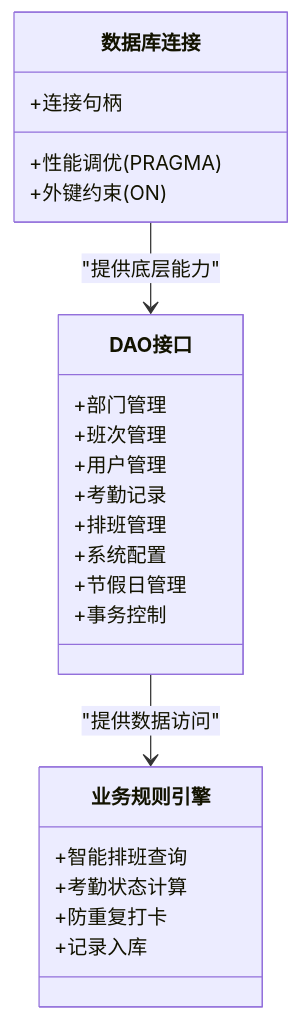
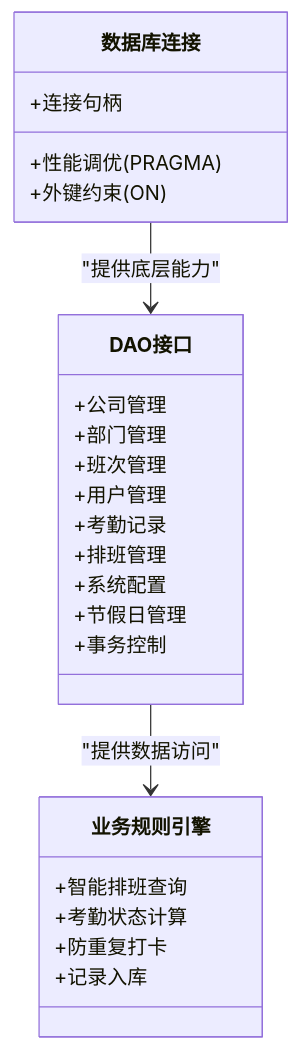
Before and after one commit to Drunk552/SmartAttendance: the second of 4 diagrams in .qoder/repowiki/zh/content/数据库设计.md, drawn with Mermaid. The commit also changed other lines of this file and 26 other files, not shown here.

````diff
--- a/.qoder/repowiki/zh/content/数据库设计.md
+++ b/.qoder/repowiki/zh/content/数据库设计.md
@@ -75,26 +87,27 @@
 ```mermaid
 classDiagram
 class 数据库连接 {
 +连接句柄
 +性能调优(PRAGMA)
 +外键约束(ON)
 }
 class DAO接口 {
++公司管理
 +部门管理
 +班次管理
 +用户管理
 +考勤记录
 +排班管理
 +系统配置
 +节假日管理
 +事务控制
 }
 class 业务规则引擎 {
 +智能排班查询
 +考勤状态计算
 +防重复打卡
 +记录入库
 }
 数据库连接 --> DAO接口 : "提供底层能力"
 DAO接口 --> 业务规则引擎 : "提供数据访问"
 ```
````
